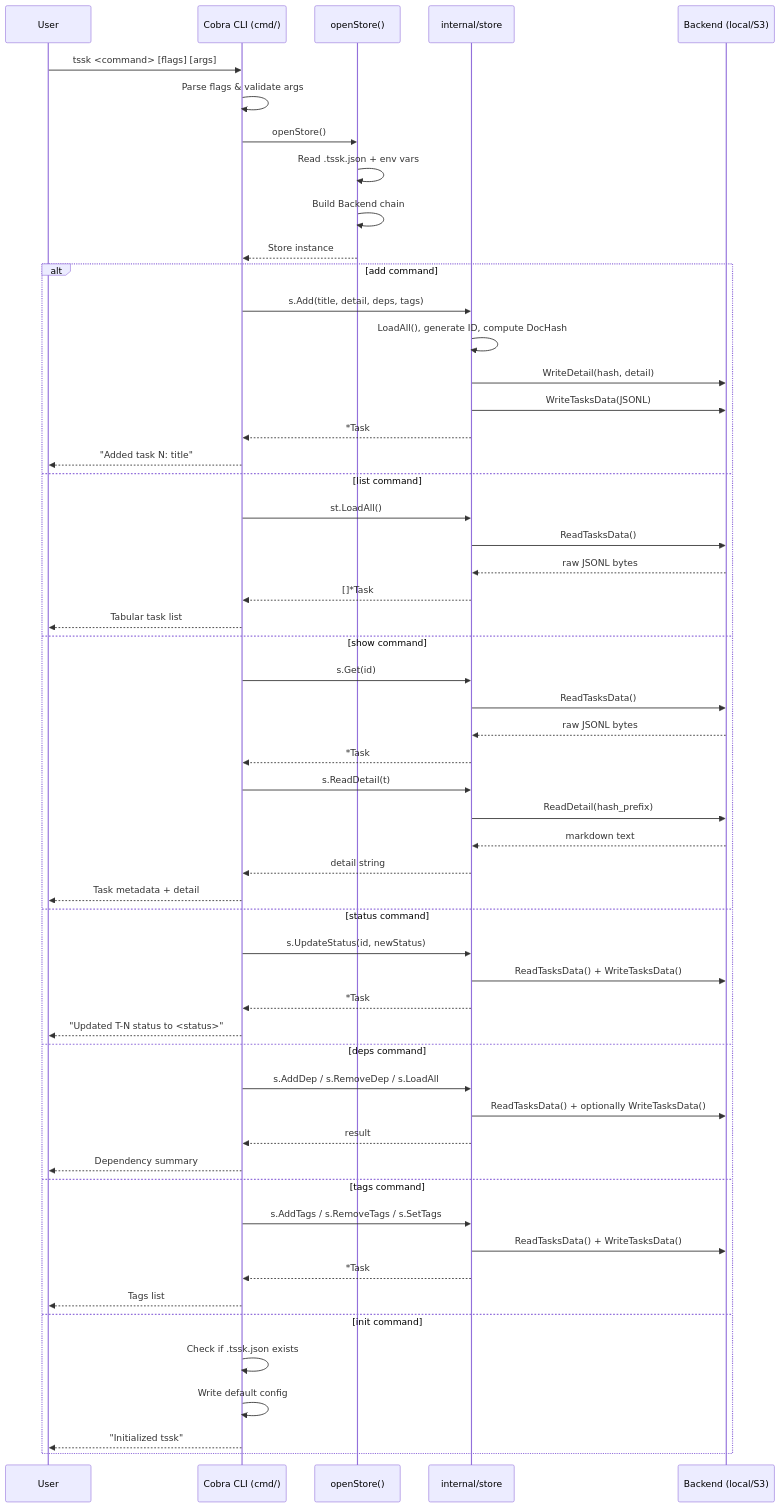
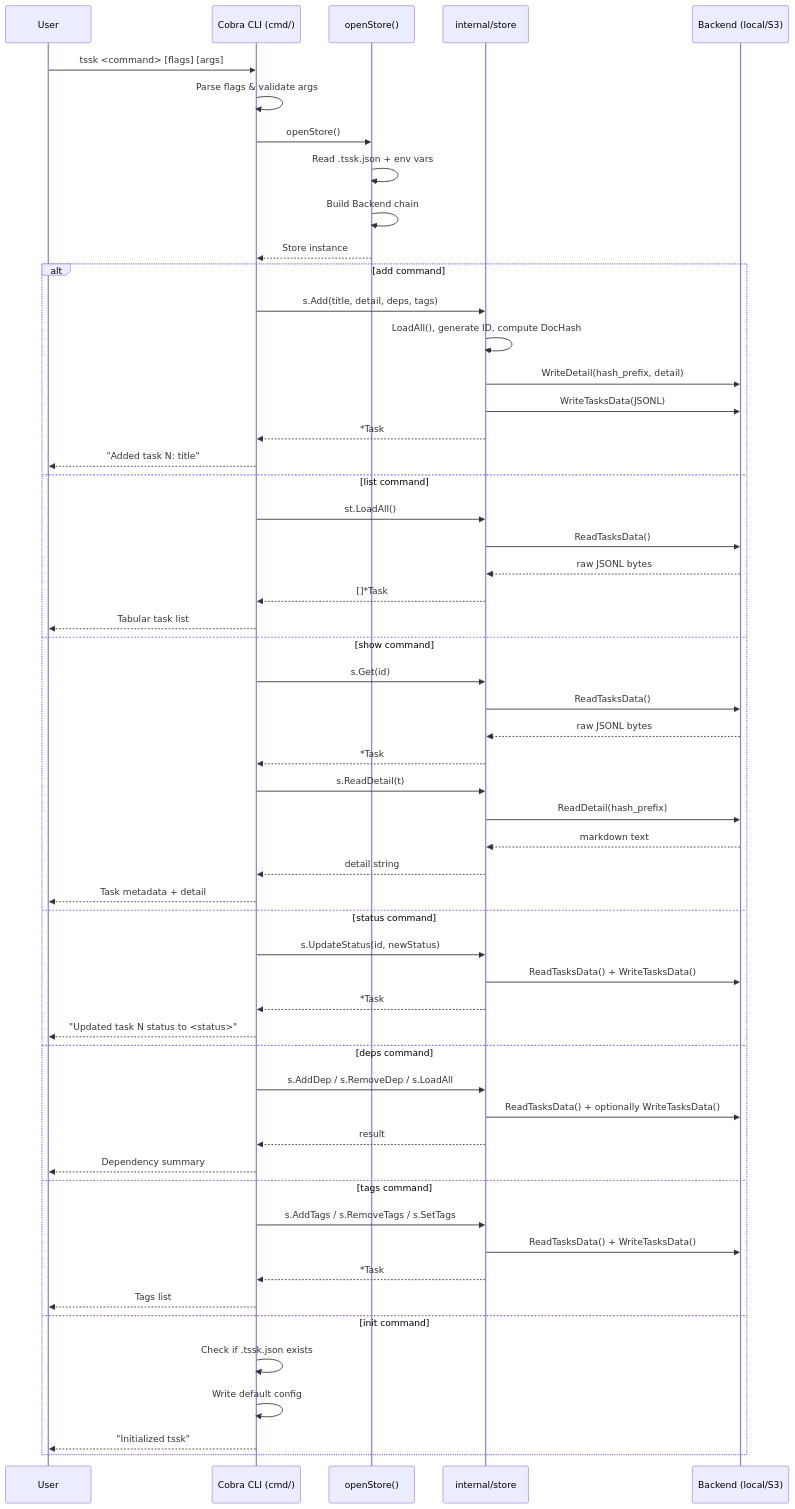
Before and after one commit to bmordue/tssk: the diagram in docs/sequences/cli-command-flow.md, drawn with Mermaid. The commit also changed other lines of this file and 5 other files, not shown here.

````diff
--- a/docs/sequences/cli-command-flow.md
+++ b/docs/sequences/cli-command-flow.md
@@ -8,59 +8,59 @@
 ```mermaid
 sequenceDiagram
     participant User
     participant Cobra as Cobra CLI (cmd/)
     participant Config as openStore()
     participant Store as internal/store
     participant Backend as Backend (local/S3)
 
     User->>Cobra: tssk <command> [flags] [args]
     Cobra->>Cobra: Parse flags & validate args
     Cobra->>Config: openStore()
     Config->>Config: Read .tssk.json + env vars
     Config->>Config: Build Backend chain
     Config-->>Cobra: Store instance
 
     alt add command
         Cobra->>Store: s.Add(title, detail, deps, tags)
         Store->>Store: LoadAll(), generate ID, compute DocHash
-        Store->>Backend: WriteDetail(hash, detail)
+        Store->>Backend: WriteDetail(hash_prefix, detail)
         Store->>Backend: WriteTasksData(JSONL)
         Store-->>Cobra: *Task
         Cobra-->>User: "Added task N: title"
     else list command
         Cobra->>Store: st.LoadAll()
         Store->>Backend: ReadTasksData()
         Backend-->>Store: raw JSONL bytes
         Store-->>Cobra: []*Task
         Cobra-->>User: Tabular task list
     else show command
         Cobra->>Store: s.Get(id)
         Store->>Backend: ReadTasksData()
         Backend-->>Store: raw JSONL bytes
         Store-->>Cobra: *Task
         Cobra->>Store: s.ReadDetail(t)
         Store->>Backend: ReadDetail(hash_prefix)
         Backend-->>Store: markdown text
         Store-->>Cobra: detail string
         Cobra-->>User: Task metadata + detail
     else status command
         Cobra->>Store: s.UpdateStatus(id, newStatus)
         Store->>Backend: ReadTasksData() + WriteTasksData()
         Store-->>Cobra: *Task
-        Cobra-->>User: "Updated T-N status to <status>"
+        Cobra-->>User: "Updated task N status to <status>"
     else deps command
         Cobra->>Store: s.AddDep / s.RemoveDep / s.LoadAll
         Store->>Backend: ReadTasksData() + optionally WriteTasksData()
         Store-->>Cobra: result
         Cobra-->>User: Dependency summary
     else tags command
         Cobra->>Store: s.AddTags / s.RemoveTags / s.SetTags
         Store->>Backend: ReadTasksData() + WriteTasksData()
         Store-->>Cobra: *Task
         Cobra-->>User: Tags list
     else init command
         Cobra->>Cobra: Check if .tssk.json exists
         Cobra->>Cobra: Write default config
         Cobra-->>User: "Initialized tssk"
     end
 ```
````
